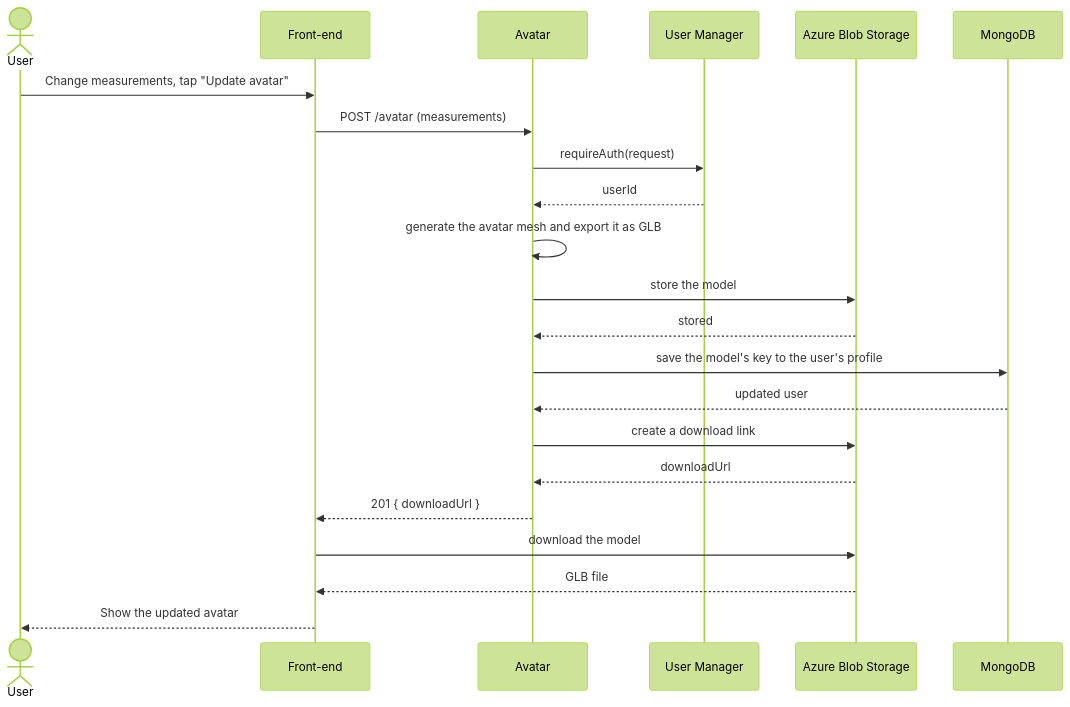
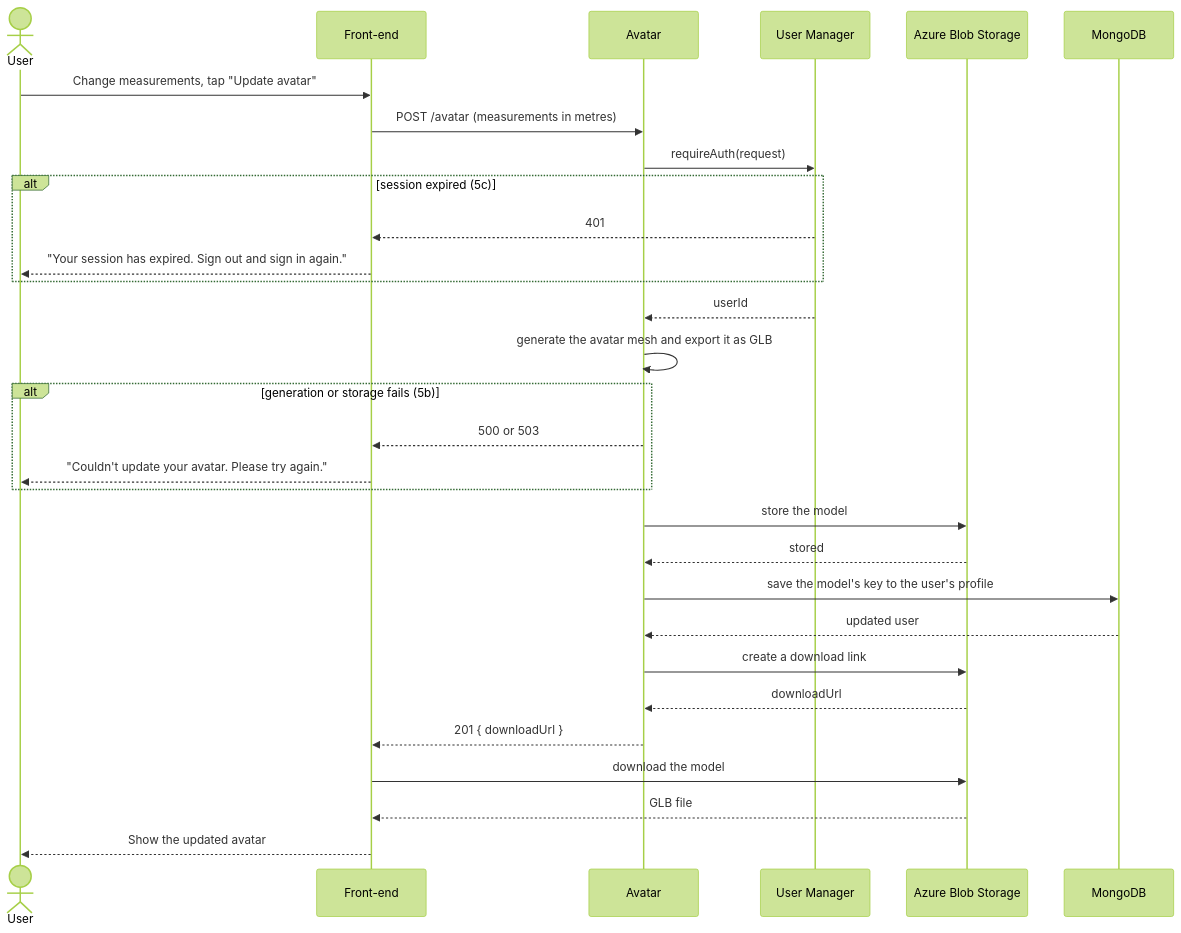
Before and after one commit to evannawfal/fabricate: the fifth of 5 diagrams in documentation/Requirements_and_Design.md, drawn with Mermaid (forest theme). The commit also changed other lines of this file, not shown here.

````diff
--- a/documentation/Requirements_and_Design.md
+++ b/documentation/Requirements_and_Design.md
@@ -485,25 +553,33 @@
 ```mermaid
 sequenceDiagram
     actor U as User
     participant FE as Front-end
     participant AV as Avatar
     participant US as User Manager
     participant AZ as Azure Blob Storage
     participant DB as MongoDB
 
     U->>FE: Change measurements, tap "Update avatar"
-    FE->>AV: POST /avatar (measurements)
+    FE->>AV: POST /avatar (measurements in metres)
     AV->>US: requireAuth(request)
+    alt session expired (5c)
+        US-->>FE: 401
+        FE-->>U: "Your session has expired. Sign out and sign in again."
+    end
     US-->>AV: userId
     AV->>AV: generate the avatar mesh and export it as GLB
+    alt generation or storage fails (5b)
+        AV-->>FE: 500 or 503
+        FE-->>U: "Couldn't update your avatar. Please try again."
+    end
     AV->>AZ: store the model
     AZ-->>AV: stored
     AV->>DB: save the model's key to the user's profile
     DB-->>AV: updated user
     AV->>AZ: create a download link
     AZ-->>AV: downloadUrl
     AV-->>FE: 201 { downloadUrl }
     FE->>AZ: download the model
     AZ-->>FE: GLB file
     FE-->>U: Show the updated avatar
 ```
````
